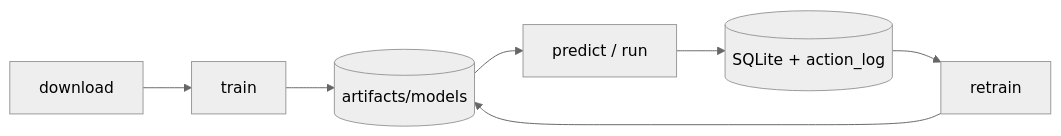
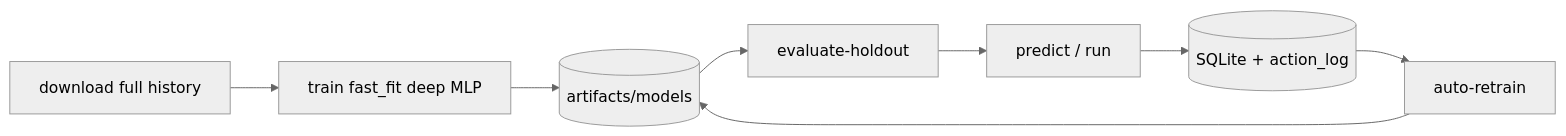
One commit to AsP3X/epochAI changed the diagram in docs/get-started.md. Above: the diagram before and after it, drawn with Mermaid (neutral theme). The commit also changed other lines of this file and 23 other files, not shown here.

````diff
--- a/docs/get-started.md
+++ b/docs/get-started.md
@@ -20,6 +25,6 @@
 ```mermaid
 flowchart LR
-  DL[download] --> TR[train] --> REG[(artifacts/models)]
-  REG --> RUN[predict / run] --> LOG[(SQLite + action_log)]
-  LOG --> RT[retrain] --> REG
+  DL[download full history] --> TR[train fast_fit deep MLP] --> REG[(artifacts/models)]
+  REG --> EH[evaluate-holdout] --> RUN[predict / run] --> LOG[(SQLite + action_log)]
+  LOG --> RT[auto-retrain] --> REG
 ```
````
